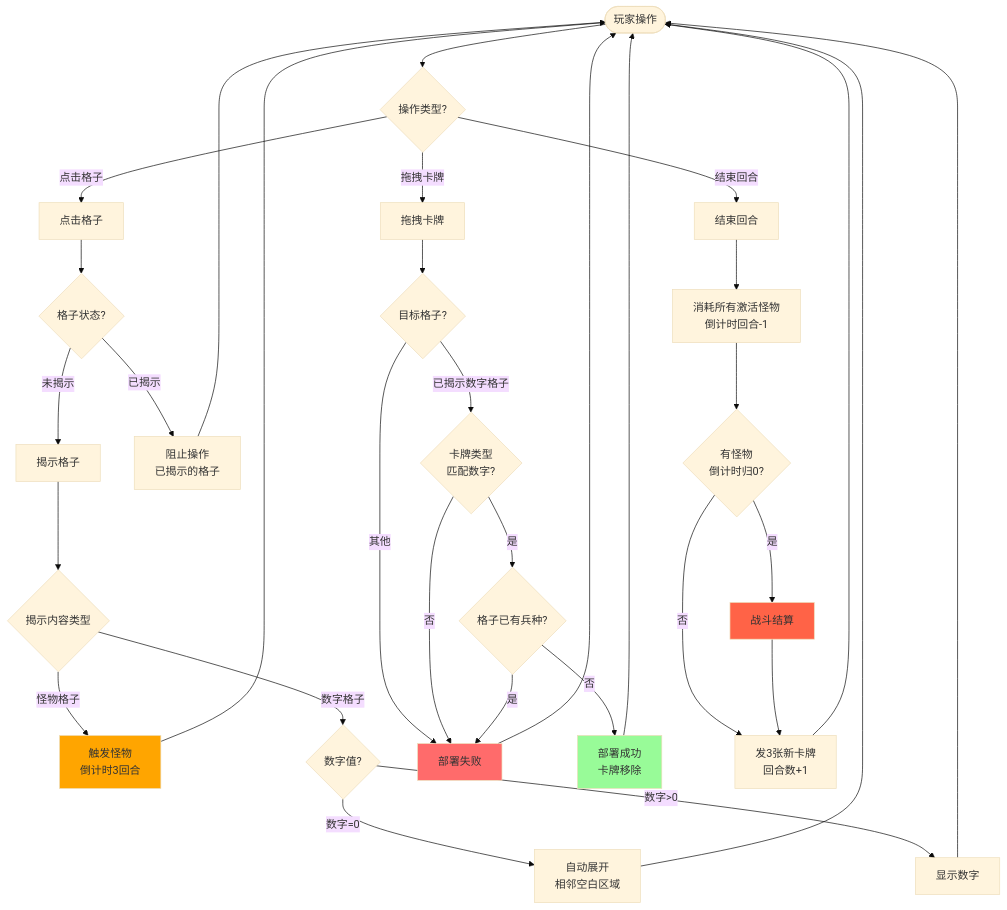
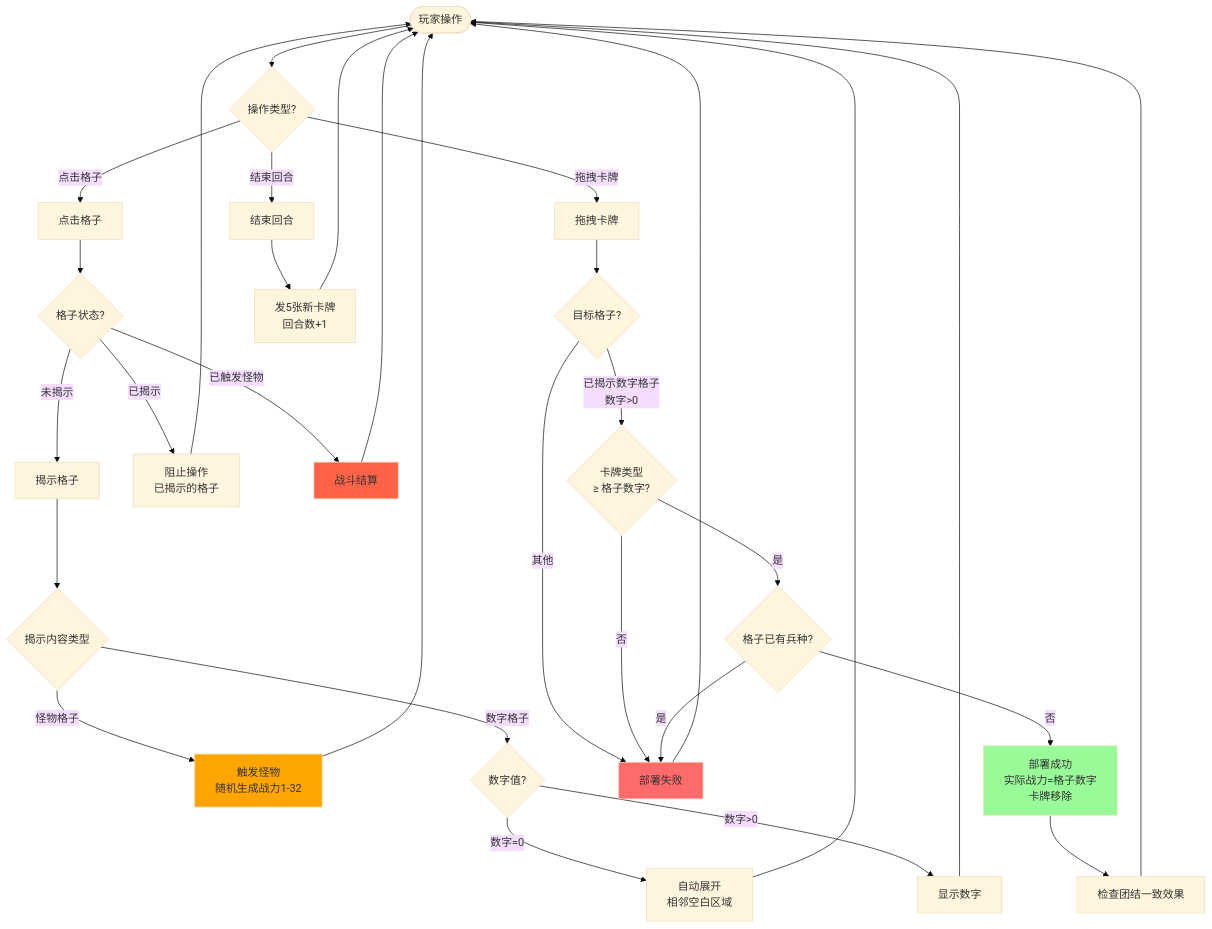
One commit to JourneyHans/MinefieldBattle changed the third of 4 diagrams in doc/流程图.md. Above: the diagram before and after it, drawn with Mermaid (base theme). The commit also changed other lines of this file and 2 other files, not shown here.

````diff
--- a/doc/流程图.md
+++ b/doc/流程图.md
@@ -143,53 +144,52 @@
 ```mermaid
 flowchart TD
     PlayerAction([玩家操作]) --> ActionType{操作类型?}
     
     ActionType -->|点击格子| ClickCell[点击格子]
     ActionType -->|拖拽卡牌| DragCard[拖拽卡牌]
     ActionType -->|结束回合| EndTurn[结束回合]
     
     ClickCell --> CheckCellState{格子状态?}
     
     CheckCellState -->|未揭示| Reveal[揭示格子]
     CheckCellState -->|已揭示| BlockClick[阻止操作<br/>已揭示的格子]
     
     Reveal --> RevealType{揭示内容类型}
-    RevealType -->|怪物格子| TriggerMonster[触发怪物<br/>倒计时3回合]
+    RevealType -->|怪物格子| TriggerMonster[触发怪物<br/>随机生成战力1-32]
     RevealType -->|数字格子| CheckNumber{数字值?}
     
     CheckNumber -->|数字=0| AutoExpand[自动展开<br/>相邻空白区域]
     CheckNumber -->|数字>0| ShowNumber[显示数字]
     
     TriggerMonster --> PlayerAction
     AutoExpand --> PlayerAction
     ShowNumber --> PlayerAction
+    
+    CheckCellState -->|已触发怪物| BattleSettle[战斗结算]
+    BattleSettle --> PlayerAction
+    
     BlockClick --> PlayerAction
     
     DragCard --> CheckTarget{目标格子?}
     
-    CheckTarget -->|已揭示数字格子| CheckMatch{卡牌类型<br/>匹配数字?}
+    CheckTarget -->|已揭示数字格子<br/>数字>0| CheckMatch{卡牌类型<br/>≥ 格子数字?}
     CheckTarget -->|其他| DeployFail[部署失败]
     
     CheckMatch -->|是| CheckDeployed{格子已有兵种?}
     CheckMatch -->|否| DeployFail
     
-    CheckDeployed -->|否| DeploySuccess[部署成功<br/>卡牌移除]
+    CheckDeployed -->|否| DeploySuccess[部署成功<br/>实际战力=格子数字<br/>卡牌移除]
     CheckDeployed -->|是| DeployFail
     
-    DeploySuccess --> PlayerAction
+    DeploySuccess --> UnityCheck[检查团结一致效果]
+    UnityCheck --> PlayerAction
     DeployFail --> PlayerAction
     
-    EndTurn --> ConsumeCountdown[消耗所有激活怪物<br/>倒计时回合-1]
-    ConsumeCountdown --> CheckSettle{有怪物<br/>倒计时归0?}
-    
-    CheckSettle -->|是| BattleSettle[战斗结算]
-    CheckSettle -->|否| DealCards[发3张新卡牌<br/>回合数+1]
-    
-    BattleSettle --> DealCards
+    EndTurn --> DealCards[发5张新卡牌<br/>回合数+1]
     DealCards --> PlayerAction
     
     style TriggerMonster fill:#FFA500
     style DeploySuccess fill:#98FB98
     style DeployFail fill:#FF6B6B
     style BattleSettle fill:#FF6347
 ```
````
